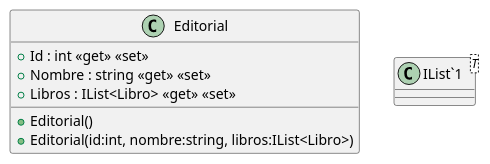
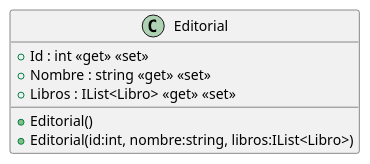
The diagram in src/AppForSEII.API/ClassDiagram/Editorial.puml (ISII2627IntegraSolutions/ISII2627IntegraSolutions), drawn with PlantUML before and after one commit. The commit also changed 19 other files, not shown here.

```diff
--- a/src/AppForSEII.API/ClassDiagram/Editorial.puml
+++ b/src/AppForSEII.API/ClassDiagram/Editorial.puml
@@ -1,12 +1,10 @@
 @startuml
 class Editorial {
     + Editorial()
     + Editorial(id:int, nombre:string, libros:IList<Libro>)
     + Id : int <<get>> <<set>>
     + Nombre : string <<get>> <<set>>
     + Libros : IList<Libro> <<get>> <<set>>
 }
-class "IList`1"<T> {
-}
 
 @enduml
```
